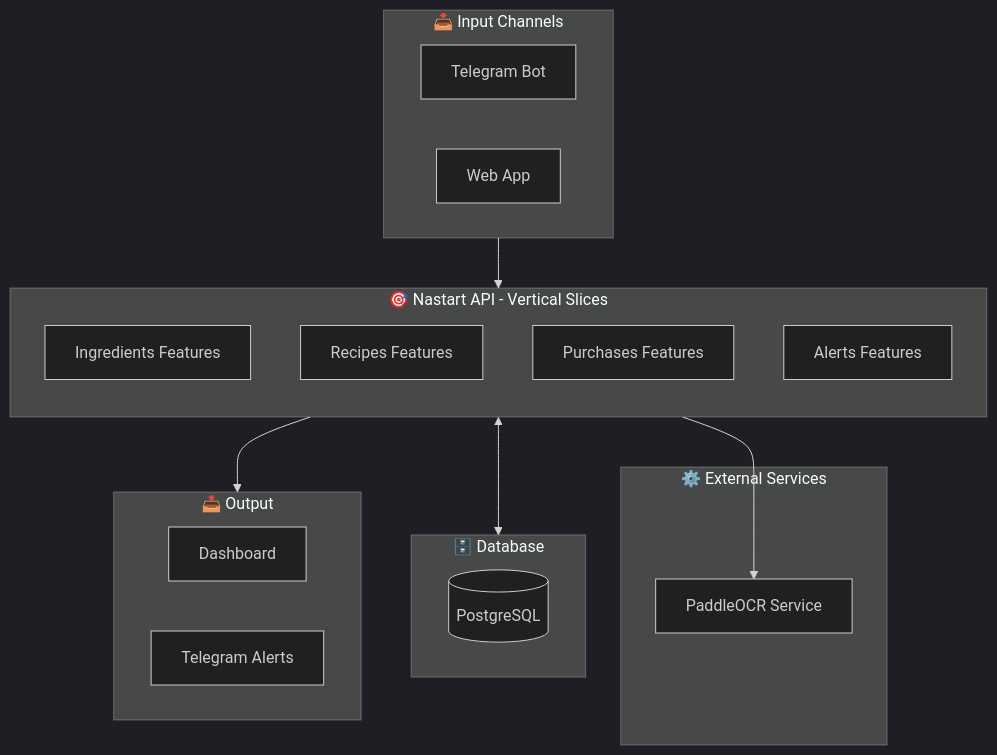
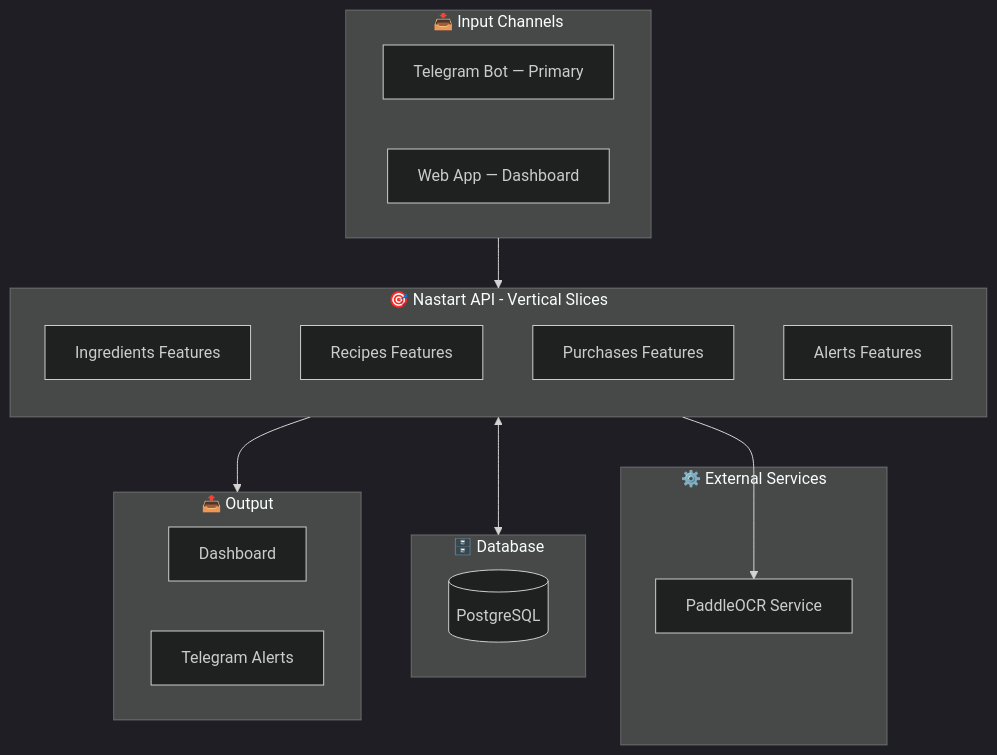
The first of 15 diagrams in docs/nastart-complete-docs.md (ardyutama/nastart), drawn with Mermaid (dark theme) before and after one commit. The commit also changed other lines of this file and 31 other files, not shown here.

````diff
--- a/docs/nastart-complete-docs.md
+++ b/docs/nastart-complete-docs.md
@@ -107,33 +107,33 @@
 ```mermaid
 flowchart TB
     subgraph INPUT["📥 Input Channels"]
-        I1[Telegram Bot]
-        I2[Web App]
+        I1[Telegram Bot — Primary]
+        I2[Web App — Dashboard]
     end
 
     subgraph API["🎯 Nastart API - Vertical Slices"]
         direction TB
         F1[Ingredients Features]
         F2[Recipes Features]
         F3[Purchases Features]
         F4[Alerts Features]
     end
 
     subgraph SERVICES["⚙️ External Services"]
         S1[PaddleOCR Service]
     end
 
     subgraph DATA["🗄️ Database"]
         D1[(PostgreSQL)]
     end
 
     subgraph OUTPUT["📤 Output"]
         O1[Dashboard]
         O2[Telegram Alerts]
     end
 
     INPUT --> API
     API <--> DATA
     API --> S1
     API --> OUTPUT
 ```
````
